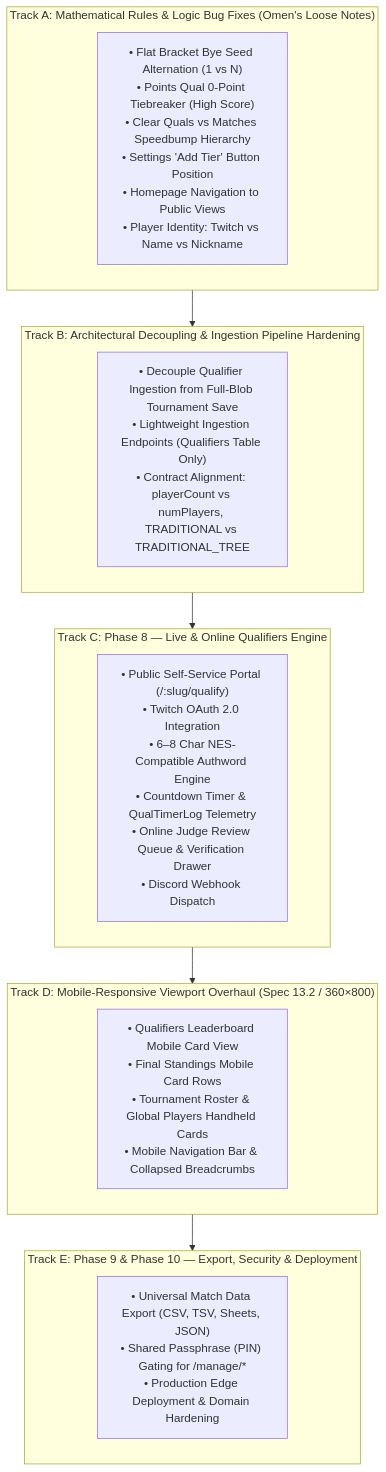
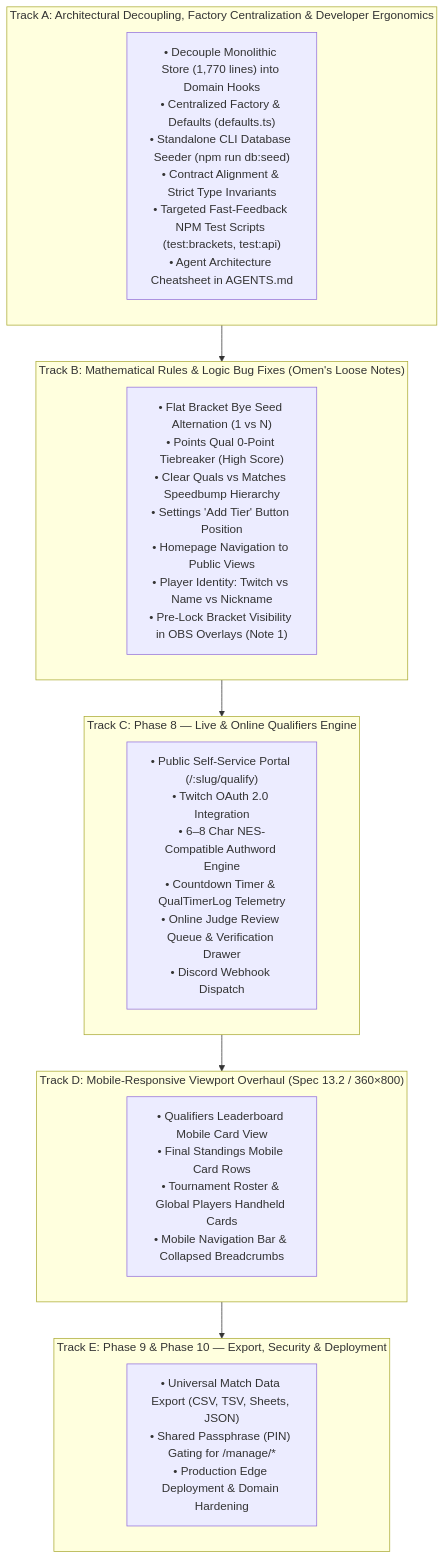
The diagram in docs/implementation_plan.md (jgrondski/tournament-manager), drawn with Mermaid before and after one commit. The commit also changed other lines of this file and 17 other files, not shown here.

Commit message:
refactor: modularize tournament store hooks and update schema typing

````diff
--- a/docs/implementation_plan.md
+++ b/docs/implementation_plan.md
@@ -106,24 +106,24 @@
 ```mermaid
 flowchart TD
-    subgraph TrackA["Track A: Mathematical Rules & Logic Bug Fixes (Omen's Loose Notes)"]
-        A1["• Flat Bracket Bye Seed Alternation (1 vs N)<br>• Points Qual 0-Point Tiebreaker (High Score)<br>• Clear Quals vs Matches Speedbump Hierarchy<br>• Settings 'Add Tier' Button Position<br>• Homepage Navigation to Public Views<br>• Player Identity: Twitch vs Name vs Nickname"]
+    subgraph TrackA["Track A: Architectural Decoupling, Factory Centralization & Developer Ergonomics"]
+        A1["• Decouple Monolithic Store (1,770 lines) into Domain Hooks<br>• Centralized Factory & Defaults (defaults.ts)<br>• Standalone CLI Database Seeder (npm run db:seed)<br>• Contract Alignment & Strict Type Invariants<br>• Targeted Fast-Feedback NPM Test Scripts (test:brackets, test:api)<br>• Agent Architecture Cheatsheet in AGENTS.md"]
     end
 
-    subgraph TrackB["Track B: Architectural Decoupling & Ingestion Pipeline Hardening"]
-        B1["• Decouple Qualifier Ingestion from Full-Blob Tournament Save<br>• Lightweight Ingestion Endpoints (Qualifiers Table Only)<br>• Contract Alignment: playerCount vs numPlayers, TRADITIONAL vs TRADITIONAL_TREE"]
+    subgraph TrackB["Track B: Mathematical Rules & Logic Bug Fixes (Omen's Loose Notes)"]
+        B1["• Flat Bracket Bye Seed Alternation (1 vs N)<br>• Points Qual 0-Point Tiebreaker (High Score)<br>• Clear Quals vs Matches Speedbump Hierarchy<br>• Settings 'Add Tier' Button Position<br>• Homepage Navigation to Public Views<br>• Player Identity: Twitch vs Name vs Nickname<br>• Pre-Lock Bracket Visibility in OBS Overlays (Note 1)"]
     end
 
     subgraph TrackC["Track C: Phase 8 — Live & Online Qualifiers Engine"]
         C1["• Public Self-Service Portal (/:slug/qualify)<br>• Twitch OAuth 2.0 Integration<br>• 6–8 Char NES-Compatible Authword Engine<br>• Countdown Timer & QualTimerLog Telemetry<br>• Online Judge Review Queue & Verification Drawer<br>• Discord Webhook Dispatch"]
     end
 
     subgraph TrackD["Track D: Mobile-Responsive Viewport Overhaul (Spec 13.2 / 360×800)"]
         D1["• Qualifiers Leaderboard Mobile Card View<br>• Final Standings Mobile Card Rows<br>• Tournament Roster & Global Players Handheld Cards<br>• Mobile Navigation Bar & Collapsed Breadcrumbs"]
     end
 
     subgraph TrackE["Track E: Phase 9 & Phase 10 — Export, Security & Deployment"]
         E1["• Universal Match Data Export (CSV, TSV, Sheets, JSON)<br>• Shared Passphrase (PIN) Gating for /manage/*<br>• Production Edge Deployment & Domain Hardening"]
     end
 
     TrackA --> TrackB --> TrackC --> TrackD --> TrackE
 ```
````
